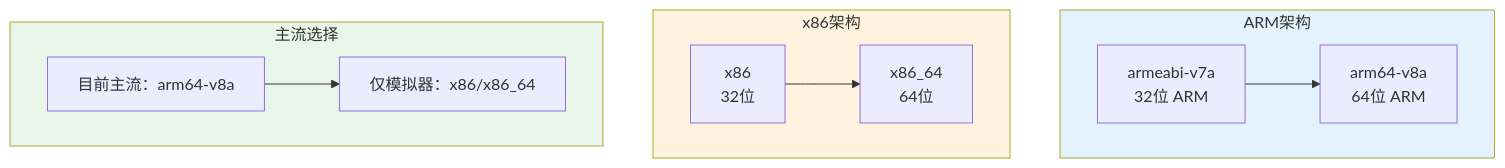
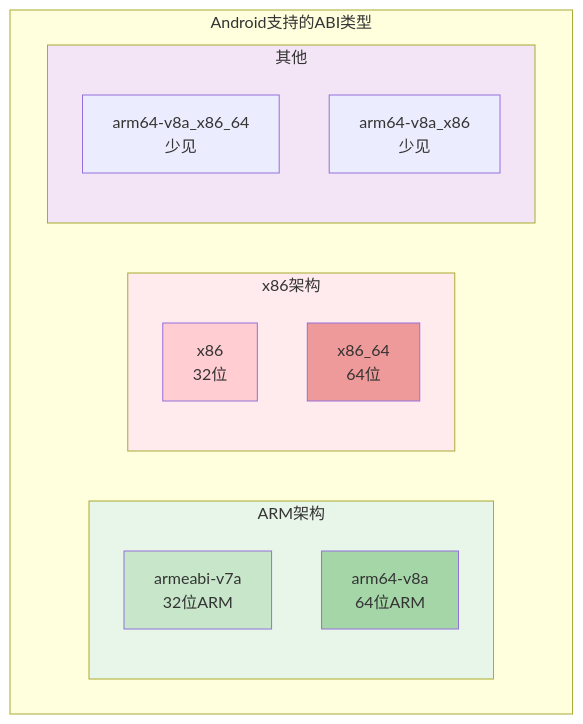
The second of 4 diagrams in AndroidDeveloperGuideStory/Contents/vol21/21.1.89 捆绑包Abi.md (Carrie-L/carrie-l.github.io), drawn with Mermaid before and after one commit. The commit also changed other lines of this file, not shown here.

````diff
--- a/AndroidDeveloperGuideStory/Contents/vol21/21.1.89 捆绑包Abi.md
+++ b/AndroidDeveloperGuideStory/Contents/vol21/21.1.89 捆绑包Abi.md
@@ -49,18 +84,30 @@
 ```mermaid
 flowchart TB
-    subgraph ARM["ARM架构"]
-        A1["armeabi-v7a<br/>32位 ARM"] --> A2["arm64-v8a<br/>64位 ARM"]
+    subgraph ABIs["Android支持的ABI类型"]
+        direction LR
+        
+        subgraph ARM["ARM架构"]
+            A1["armeabi-v7a<br/>32位ARM"]
+            A2["arm64-v8a<br/>64位ARM"]
+        end
+        
+        subgraph X86["x86架构"]
+            X1["x86<br/>32位"]
+            X2["x86_64<br/>64位"]
+        end
+        
+        subgraph Other["其他"]
+            O1["arm64-v8a_x86_64<br/>少见"]
+            O2["arm64-v8a_x86<br/>少见"]
+        end
     end
     
-    subgraph X86["x86架构"]
-        X1["x86<br/>32位"] --> X2["x86_64<br/>64位"]
-    end
+    style ARM fill:#e8f5e9
+    style X86 fill:#ffebee
+    style Other fill:#f3e5f5
     
-    subgraph Usage["主流选择"]
-        U1["目前主流：arm64-v8a"] --> U2["仅模拟器：x86/x86_64"]
-    end
-    
-    style ARM fill:#e3f2fd
-    style X86 fill:#fff3e0
-    style Usage fill:#e8f5e9
+    style A1 fill:#c8e6c9
+    style A2 fill:#a5d6a7
+    style X1 fill:#ffcdd2
+    style X2 fill:#ef9a9a
 ```
````
